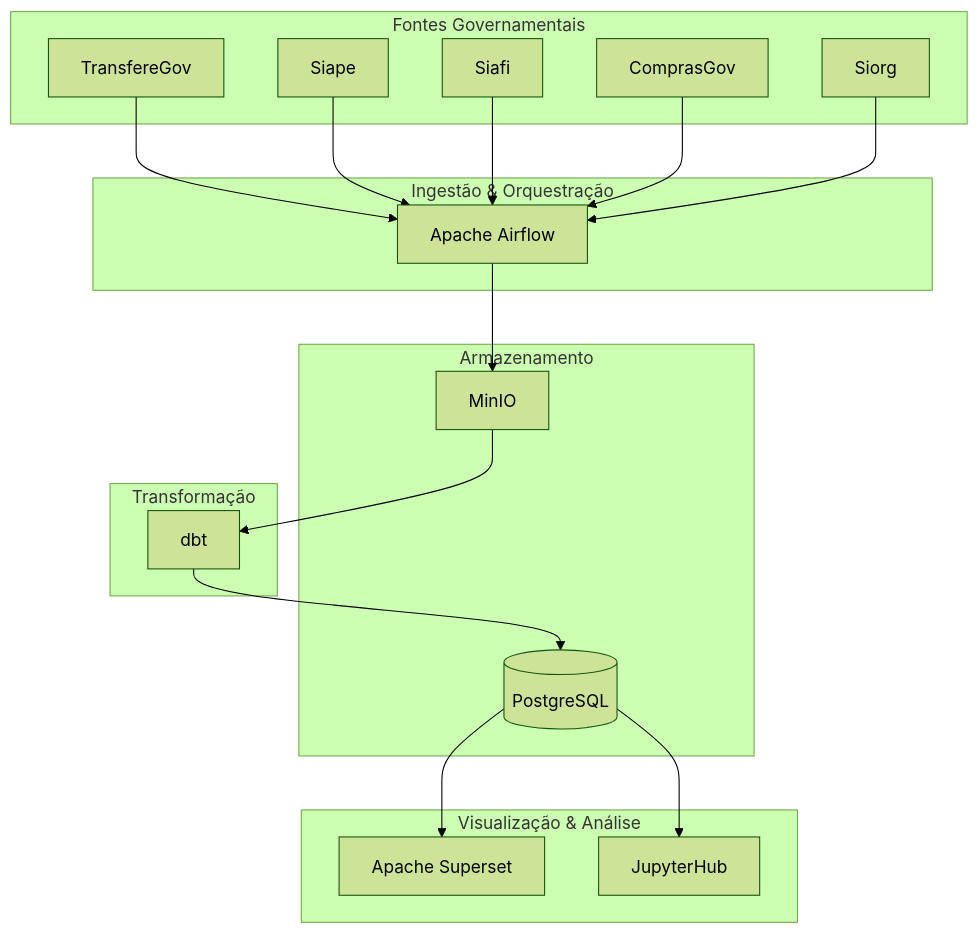
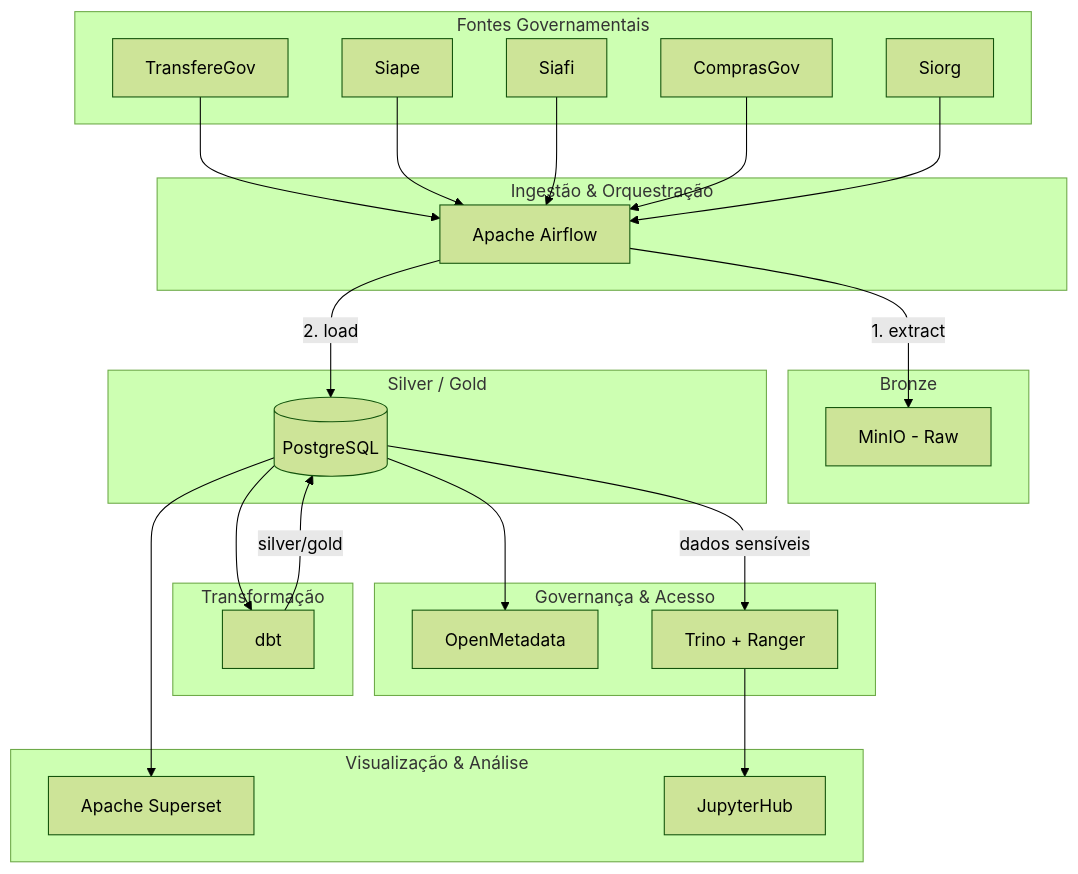
The diagram in docs/index.md (RochaCarla/doc-bp), drawn with Mermaid (forest theme) before and after one commit. The commit also changed other lines of this file and 28 other files, not shown here.

````diff
--- a/docs/index.md
+++ b/docs/index.md
@@ -9,39 +9,50 @@
 ```mermaid
 graph TB
     subgraph "Fontes Governamentais"
         TG[TransfereGov]
         SI[Siape]
         SF[Siafi]
         CG[ComprasGov]
         SO[Siorg]
     end
 
     subgraph "Ingestão & Orquestração"
         AF[Apache Airflow]
     end
 
-    subgraph "Armazenamento"
-        MN[MinIO]
+    subgraph "Bronze"
+        MN[MinIO - Raw]
+    end
+
+    subgraph "Silver / Gold"
         PG[(PostgreSQL)]
     end
 
     subgraph "Transformação"
         DBT[dbt]
     end
 
     subgraph "Visualização & Análise"
         SS[Apache Superset]
         JH[JupyterHub]
     end
 
+    subgraph "Governança & Acesso"
+        OM[OpenMetadata]
+        TR[Trino + Ranger]
+    end
+
     TG --> AF
     SI --> AF
     SF --> AF
     CG --> AF
     SO --> AF
-    AF --> MN
-    MN --> DBT
-    DBT --> PG
+    AF -->|"1. extract"| MN
+    AF -->|"2. load"| PG
+    PG --> DBT
+    DBT -->|"silver/gold"| PG
     PG --> SS
-    PG --> JH
+    PG -->|"dados sensíveis"| TR
+    TR --> JH
+    PG --> OM
 ```
````
